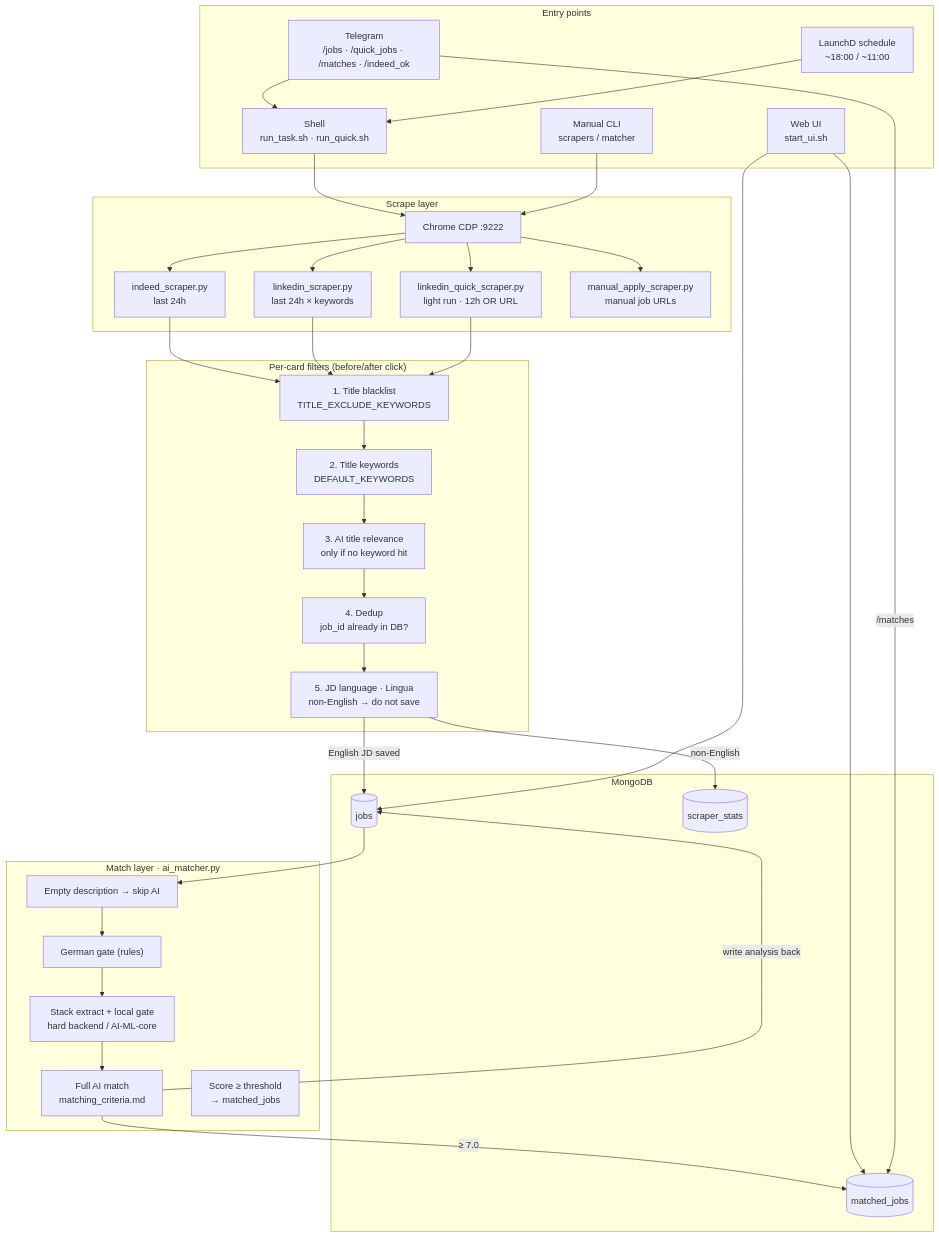
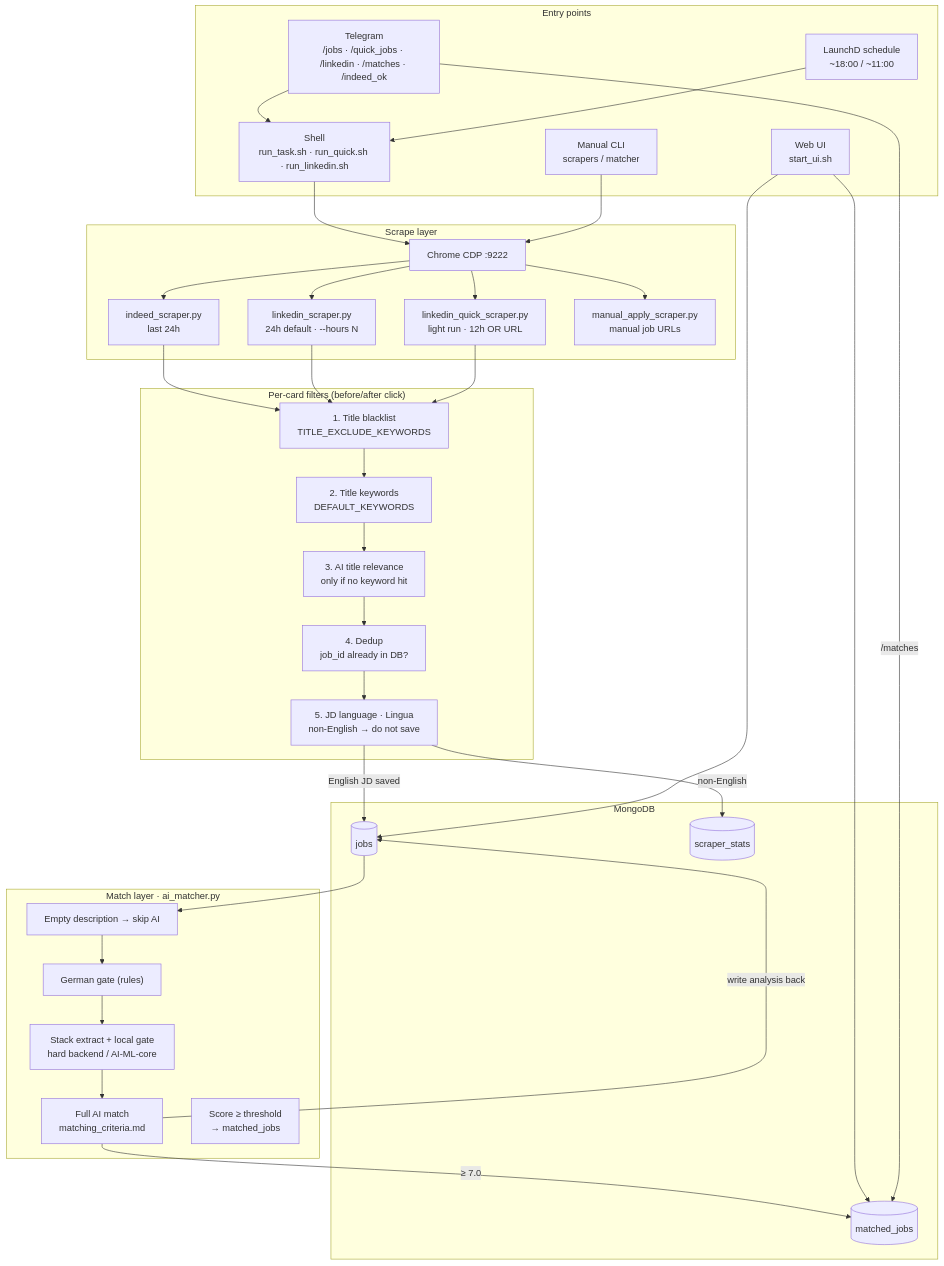
One commit to JialiNong/job_scraper changed the first of 5 diagrams in docs/architecture.md. Above: the diagram before and after it, drawn with Mermaid. The commit also changed other lines of this file and 8 other files, not shown here.

First line of the commit message:
feat: add LinkedIn-only scrape with flexible --hours and /linkedin

````diff
--- a/docs/architecture.md
+++ b/docs/architecture.md
@@ -11,57 +11,57 @@
 ```mermaid
 flowchart TB
     subgraph Triggers["Entry points"]
-        T1["Telegram<br/>/jobs · /quick_jobs · /matches · /indeed_ok"]
-        T2["Shell<br/>run_task.sh · run_quick.sh"]
+        T1["Telegram<br/>/jobs · /quick_jobs · /linkedin · /matches · /indeed_ok"]
+        T2["Shell<br/>run_task.sh · run_quick.sh · run_linkedin.sh"]
         T3["LaunchD schedule<br/>~18:00 / ~11:00"]
         T4["Web UI<br/>start_ui.sh"]
         T5["Manual CLI<br/>scrapers / matcher"]
     end
 
     subgraph Scrape["Scrape layer"]
         Chrome["Chrome CDP :9222"]
         Indeed["indeed_scraper.py<br/>last 24h"]
-        LI["linkedin_scraper.py<br/>last 24h × keywords"]
+        LI["linkedin_scraper.py<br/>24h default · --hours N"]
         LIQ["linkedin_quick_scraper.py<br/>light run · 12h OR URL"]
         Manual["manual_apply_scraper.py<br/>manual job URLs"]
     end
 
     subgraph Filters["Per-card filters (before/after click)"]
         F1["1. Title blacklist<br/>TITLE_EXCLUDE_KEYWORDS"]
         F2["2. Title keywords<br/>DEFAULT_KEYWORDS"]
         F3["3. AI title relevance<br/>only if no keyword hit"]
         F4["4. Dedup<br/>job_id already in DB?"]
         F5["5. JD language · Lingua<br/>non-English → do not save"]
     end
 
     subgraph Store["MongoDB"]
         Jobs[("jobs")]
         Matched[("matched_jobs")]
         Stats[("scraper_stats")]
     end
 
     subgraph Match["Match layer · ai_matcher.py"]
         M0["Empty description → skip AI"]
         M1["German gate (rules)"]
         M1b["Stack extract + local gate<br/>hard backend / AI-ML-core"]
         M2["Full AI match<br/>matching_criteria.md"]
         M3["Score ≥ threshold<br/>→ matched_jobs"]
     end
 
     T1 --> T2
     T3 --> T2
     T2 --> Chrome
     T5 --> Chrome
     Chrome --> Indeed & LI & LIQ & Manual
 
     Indeed & LI & LIQ --> F1 --> F2 --> F3 --> F4 --> F5
     F5 -->|English JD saved| Jobs
     F5 -->|non-English| Stats
 
     Jobs --> M0 --> M1 --> M1b --> M2
     M2 -->|≥ 7.0| Matched
     M2 -->|write analysis back| Jobs
 
     T4 --> Matched & Jobs
     T1 -->|/matches| Matched
 ```
````
